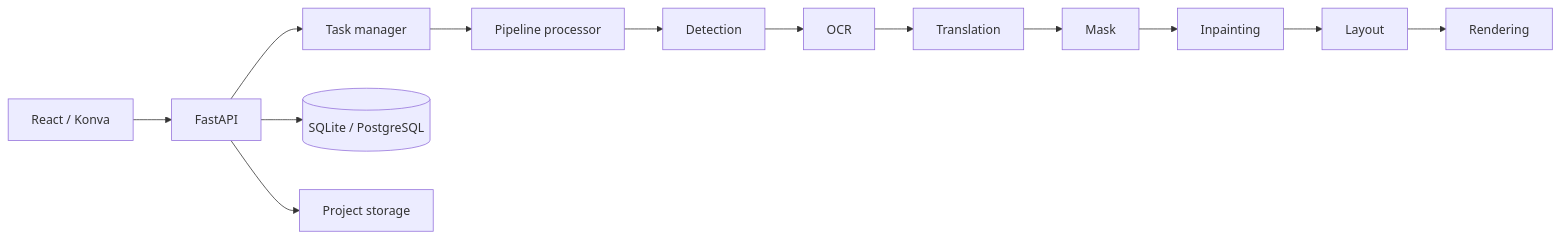
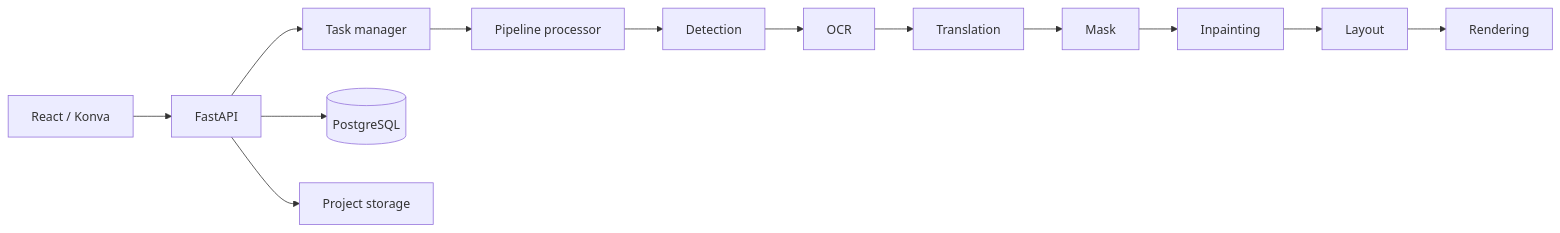
One commit to ALittlePandaMan/MangaFlow changed the diagram in docs/architecture.md. Above: the diagram before and after it, drawn with Mermaid. The commit also changed other lines of this file and 88 other files, not shown here.

````diff
--- a/docs/architecture.md
+++ b/docs/architecture.md
@@ -30,15 +30,15 @@
 ```mermaid
 flowchart LR
   UI[React / Konva] --> API[FastAPI]
   API --> TASK[Task manager]
   TASK --> PIPE[Pipeline processor]
   PIPE --> DET[Detection]
   DET --> OCR[OCR]
   OCR --> TRANS[Translation]
   TRANS --> MASK[Mask]
   MASK --> INPAINT[Inpainting]
   INPAINT --> LAYOUT[Layout]
   LAYOUT --> RENDER[Rendering]
-  API --> DB[(SQLite / PostgreSQL)]
+  API --> DB[(PostgreSQL)]
   API --> STORE[Project storage]
 ```
````
